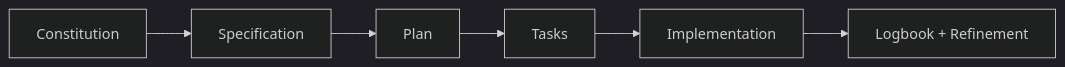
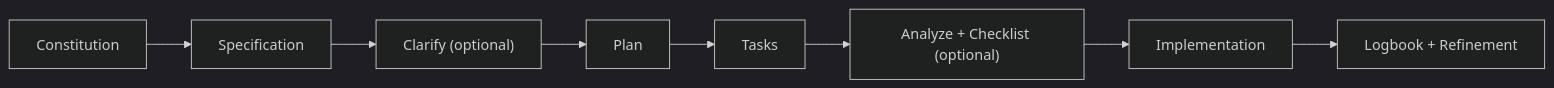
One commit to juanklagos/spec-driven-development-template changed the first of 2 diagrams in docs/en/08-github-spec-kit-integration.md. Above: the diagram before and after it, drawn with Mermaid (dark theme). The commit also changed other lines of this file and 27 other files, not shown here.

````diff
--- a/docs/en/08-github-spec-kit-integration.md
+++ b/docs/en/08-github-spec-kit-integration.md
@@ -50,8 +57,10 @@
 ```mermaid
 flowchart LR
   A["Constitution"] --> B["Specification"]
-  B --> C["Plan"]
+  B --> B2["Clarify (optional)"]
+  B2 --> C["Plan"]
   C --> D["Tasks"]
-  D --> E["Implementation"]
+  D --> D2["Analyze + Checklist (optional)"]
+  D2 --> E["Implementation"]
   E --> F["Logbook + Refinement"]
 ```
````
